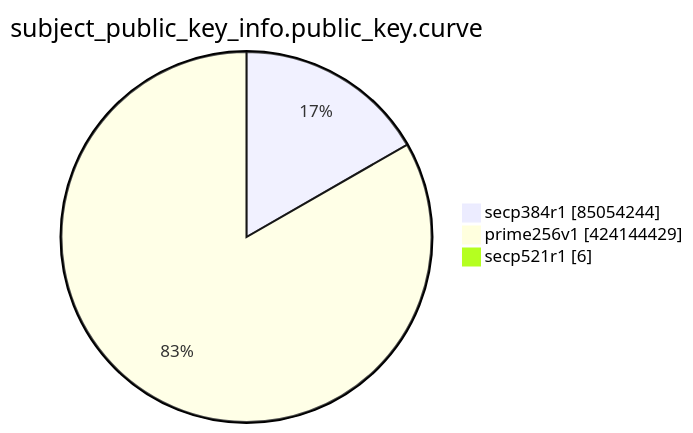
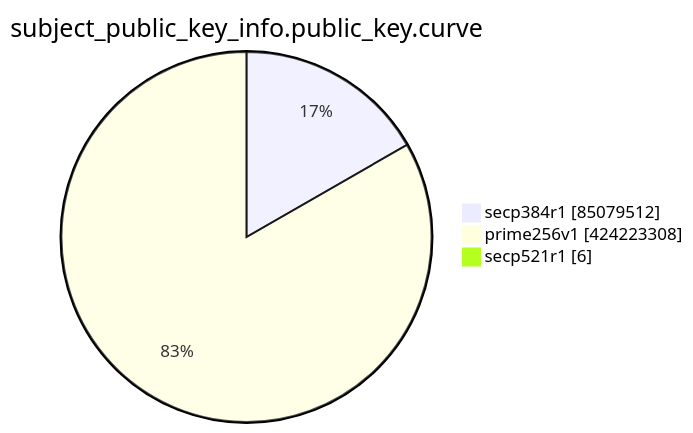
One commit to christiankrug/ctmonitor_visualization changed the eighth of 15 diagrams in TOTAL/README.md. Above: the diagram before and after it, drawn with Mermaid. The commit also changed other lines of this file, not shown here.

````diff
--- a/TOTAL/README.md
+++ b/TOTAL/README.md
@@ -3100,7 +3100,7 @@
 ```mermaid
 pie showData
 title subject_public_key_info.public_key.curve
-"secp384r1" :85054244
-"prime256v1" :424144429
+"secp384r1" :85079512
+"prime256v1" :424223308
 "secp521r1" :6
 ```
````
